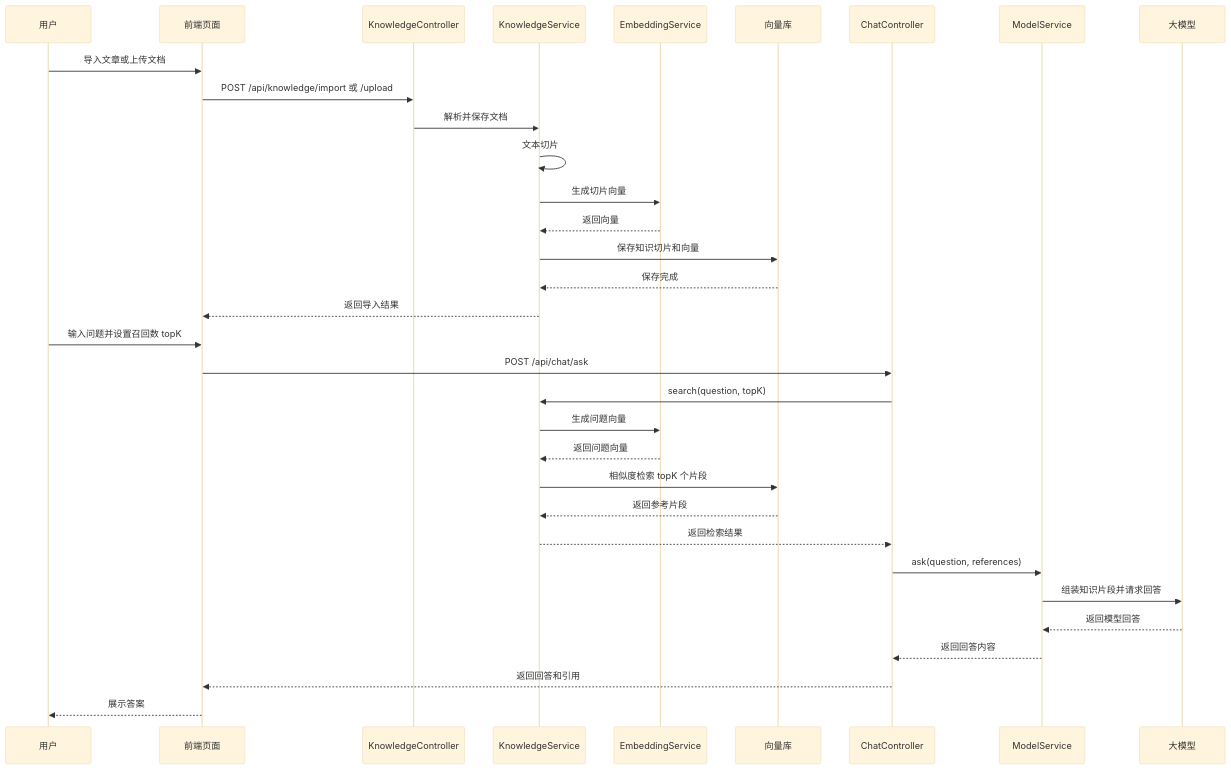
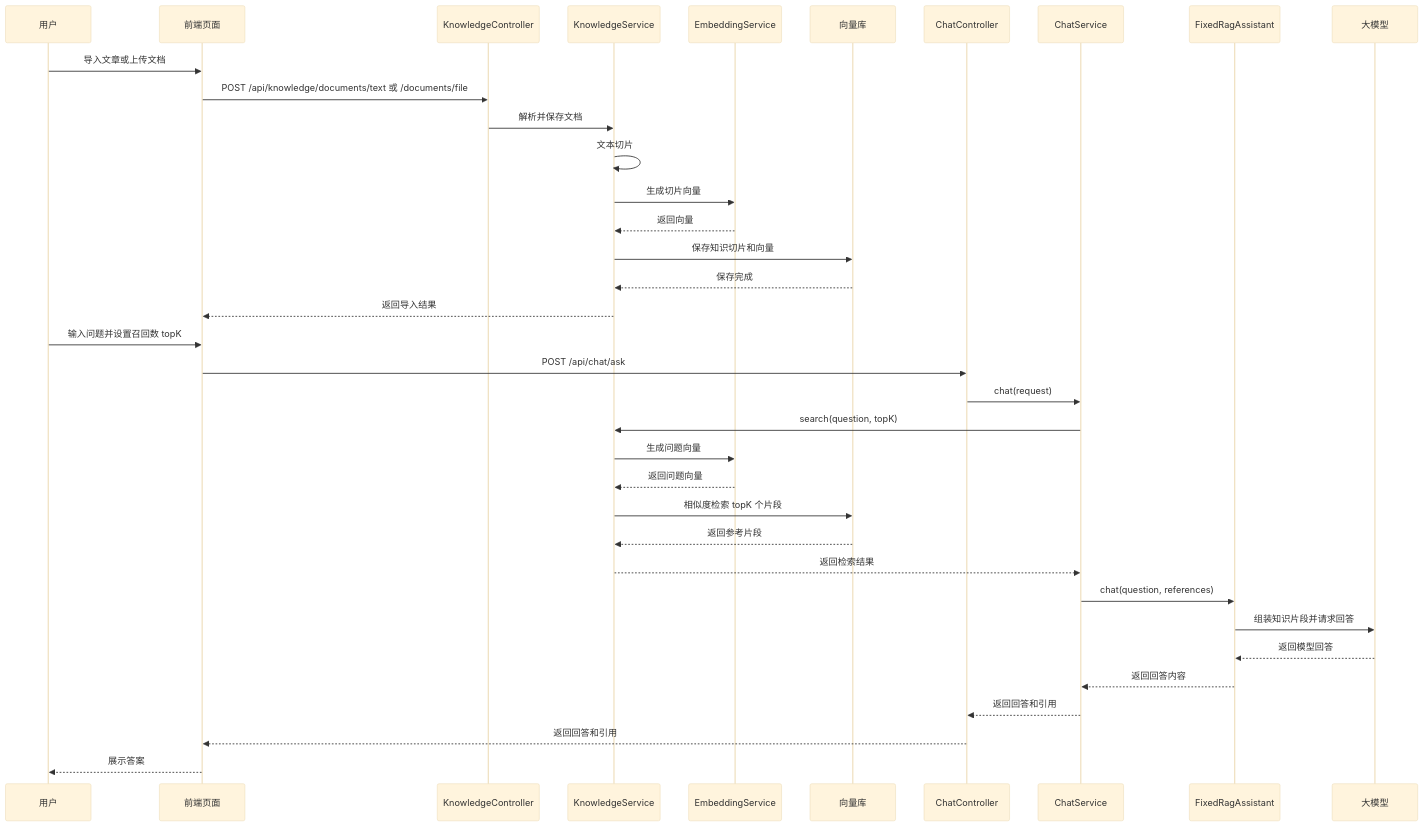
One commit to miahemu/ai-code-helper changed the diagram in README.md. Above: the diagram before and after it, drawn with Mermaid (base theme). The commit also changed other lines of this file and 28 other files, not shown here.

````diff
--- a/README.md
+++ b/README.md
@@ -36,37 +38,40 @@
 ```mermaid
 sequenceDiagram
     participant U as 用户
     participant F as 前端页面
     participant K as KnowledgeController
     participant KS as KnowledgeService
     participant E as EmbeddingService
     participant V as 向量库
     participant C as ChatController
-    participant MS as ModelService
+    participant CS as ChatService
+    participant RA as FixedRagAssistant
     participant LLM as 大模型
 
     U->>F: 导入文章或上传文档
-    F->>K: POST /api/knowledge/import 或 /upload
+    F->>K: POST /api/knowledge/documents/text 或 /documents/file
     K->>KS: 解析并保存文档
     KS->>KS: 文本切片
     KS->>E: 生成切片向量
     E-->>KS: 返回向量
     KS->>V: 保存知识切片和向量
     V-->>KS: 保存完成
     KS-->>F: 返回导入结果
 
     U->>F: 输入问题并设置召回数 topK
     F->>C: POST /api/chat/ask
-    C->>KS: search(question, topK)
+    C->>CS: chat(request)
+    CS->>KS: search(question, topK)
     KS->>E: 生成问题向量
     E-->>KS: 返回问题向量
     KS->>V: 相似度检索 topK 个片段
     V-->>KS: 返回参考片段
-    KS-->>C: 返回检索结果
-    C->>MS: ask(question, references)
-    MS->>LLM: 组装知识片段并请求回答
-    LLM-->>MS: 返回模型回答
-    MS-->>C: 返回回答内容
+    KS-->>CS: 返回检索结果
+    CS->>RA: chat(question, references)
+    RA->>LLM: 组装知识片段并请求回答
+    LLM-->>RA: 返回模型回答
+    RA-->>CS: 返回回答内容
+    CS-->>C: 返回回答和引用
     C-->>F: 返回回答和引用
     F-->>U: 展示答案
 ```
````
